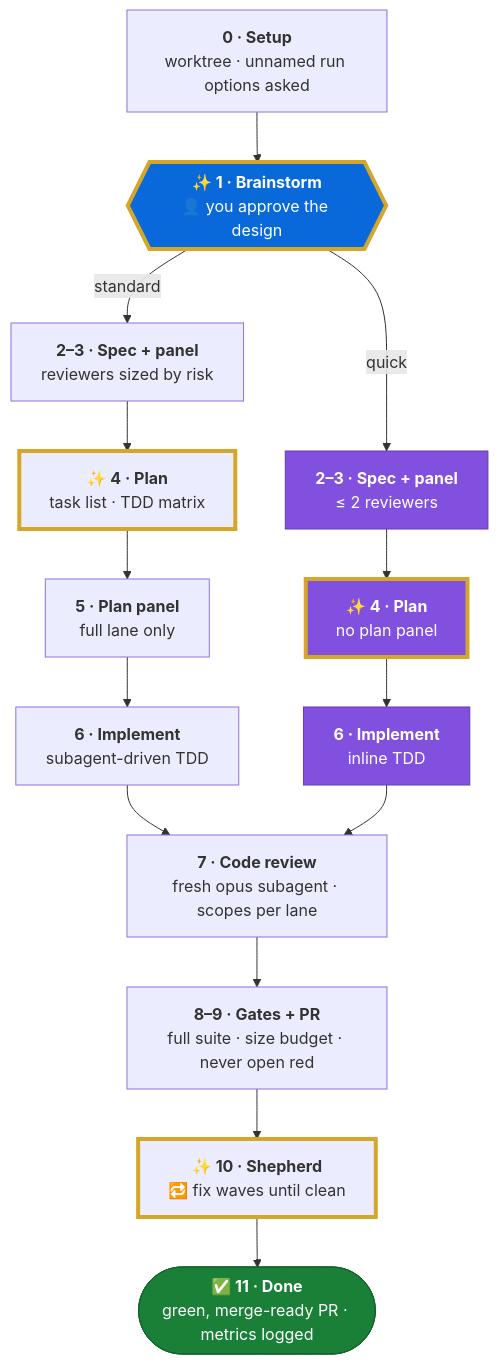
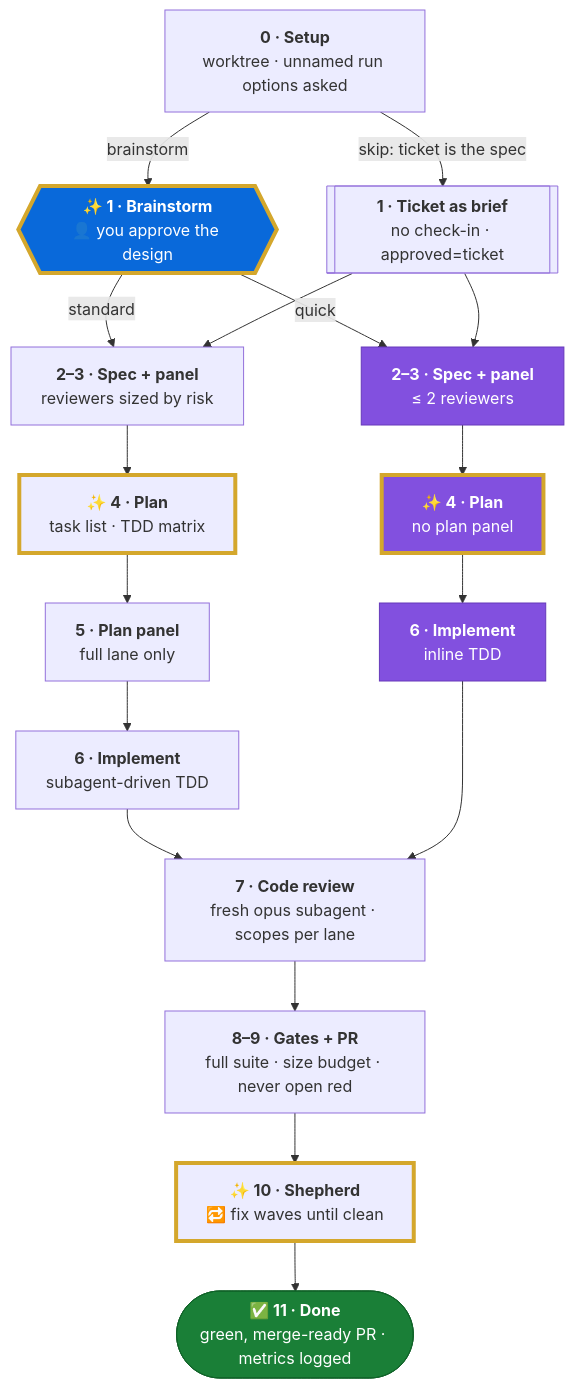
One commit to vtrifonov/oneshot-pipeline changed the diagram in README.md. Above: the diagram before and after it, drawn with Mermaid. The commit also changed other lines of this file and 2 other files, not shown here.

First line of the commit message:
docs: README covers the brainstorm option and escape-class tags; untrack compiled file

````diff
--- a/README.md
+++ b/README.md
@@ -39,30 +41,33 @@
 ```mermaid
 flowchart TD
-    setup["<b>0 · Setup</b><br/>worktree · unnamed run options asked"] --> brainstorm{{"<b>✨ 1 · Brainstorm</b><br/>👤 you approve the design"}}
+    setup["<b>0 · Setup</b><br/>worktree · unnamed run options asked"] -- brainstorm --> brainstorm{{"<b>✨ 1 · Brainstorm</b><br/>👤 you approve the design"}}
+    setup -- "skip: ticket is the spec" --> ticket[["<b>1 · Ticket as brief</b><br/>no check-in · approved=ticket"]]
 
     brainstorm -- standard --> sspec["<b>2–3 · Spec + panel</b><br/>reviewers sized by risk"]
+    ticket --> sspec
     sspec --> splan["<b>✨ 4 · Plan</b><br/>task list · TDD matrix"]
     splan --> spanel["<b>5 · Plan panel</b><br/>full lane only"]
     spanel --> ssdd["<b>6 · Implement</b><br/>subagent-driven TDD"]
 
     brainstorm -- quick --> qspec["<b>2–3 · Spec + panel</b><br/>≤ 2 reviewers"]
+    ticket --> qspec
     qspec --> qplan["<b>✨ 4 · Plan</b><br/>no plan panel"]
     qplan --> qinline["<b>6 · Implement</b><br/>inline TDD"]
 
     ssdd --> review["<b>7 · Code review</b><br/>fresh opus subagent · scopes per lane"]
     qinline --> review
     review --> gates["<b>8–9 · Gates + PR</b><br/>full suite · size budget · never open red"]
     gates --> shepherd["<b>✨ 10 · Shepherd</b><br/>🔁 fix waves until clean"]
     shepherd --> done(["<b>✅ 11 · Done</b><br/>green, merge-ready PR · metrics logged"])
 
     classDef you fill:#0969da,stroke:#0550ae,color:#fff
     classDef quick fill:#8250df,stroke:#6639ba,color:#fff
     classDef finish fill:#1a7f37,stroke:#116329,color:#fff
     class brainstorm you
     class qspec,qplan,qinline quick
     class done finish
     style brainstorm stroke:#d4a72c,stroke-width:4px
     style splan stroke:#d4a72c,stroke-width:4px
     style qplan stroke:#d4a72c,stroke-width:4px
     style shepherd stroke:#d4a72c,stroke-width:4px
 ```
````
